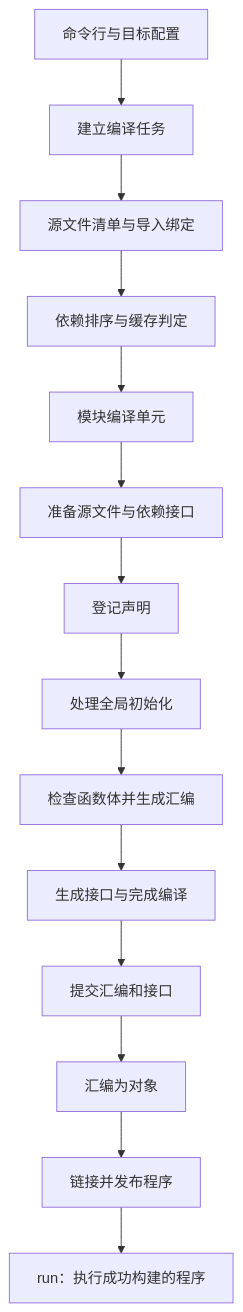
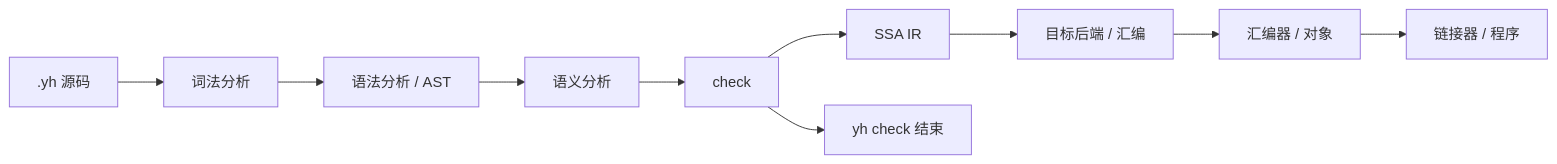
One commit to lalavender/x changed the first of 2 diagrams in docs/03-design/yh-编译流程重规划.md. Above: the diagram before and after it, drawn with Mermaid. The commit also changed other lines of this file and 183 other files, not shown here.

First line of the commit message:
feat(yh): 编译流程重规划 R0–R3 落地——AST→SSA→arm64 新管线、自有运行时与并行构建

````diff
--- a/docs/03-design/yh-编译流程重规划.md
+++ b/docs/03-design/yh-编译流程重规划.md
@@ -109,16 +18,12 @@
 ```mermaid
-flowchart TD
-    A[命令行与目标配置] --> B[建立编译任务]
-    B --> C[源文件清单与导入绑定]
-    C --> D[依赖排序与缓存判定]
-    D --> E[模块编译单元]
-    E --> F[准备源文件与依赖接口]
-    F --> G[登记声明]
-    G --> H[处理全局初始化]
-    H --> I[检查函数体并生成汇编]
-    I --> J[生成接口与完成编译]
-    J --> K[提交汇编和接口]
-    K --> L[汇编为对象]
-    L --> M[链接并发布程序]
-    M --> N[run：执行成功构建的程序]
+flowchart LR
+    S[.yh 源码] --> L[词法分析]
+    L --> P[语法分析 / AST]
+    P --> M[语义分析]
+    M --> C[check]
+    C --> I[SSA IR]
+    C --> Q[yh check 结束]
+    I --> B[目标后端 / 汇编]
+    B --> A[汇编器 / 对象]
+    A --> K[链接器 / 程序]
 ```
````
